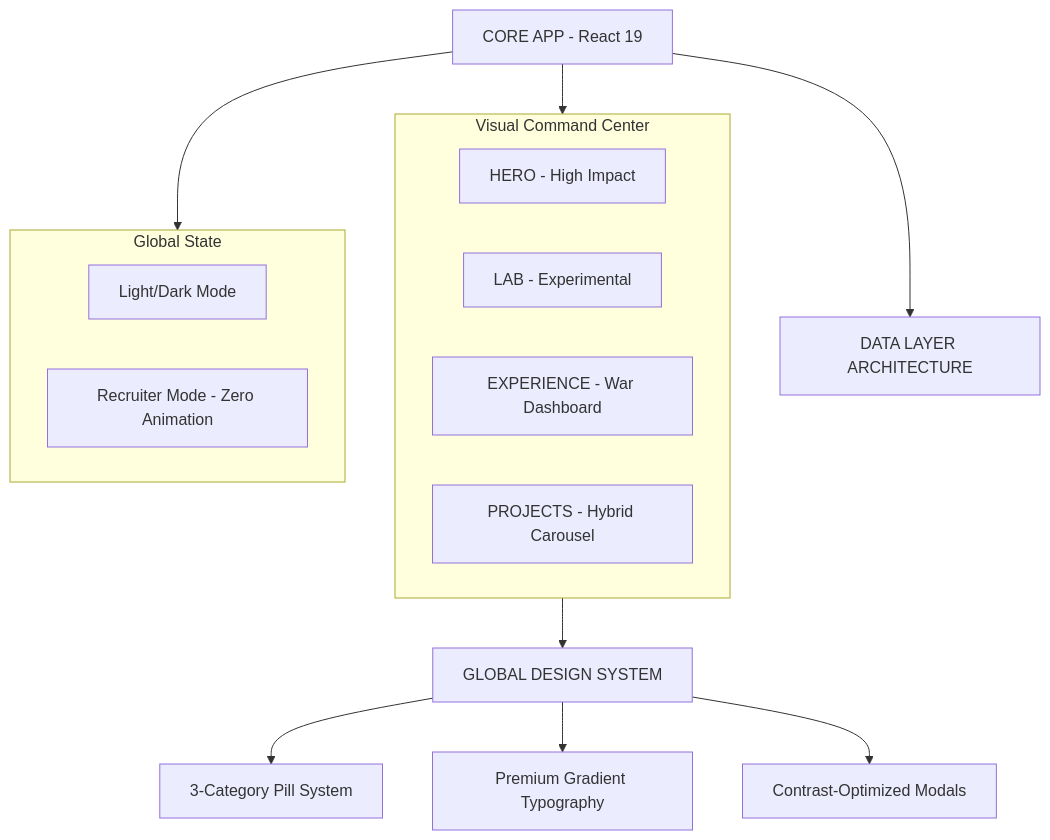
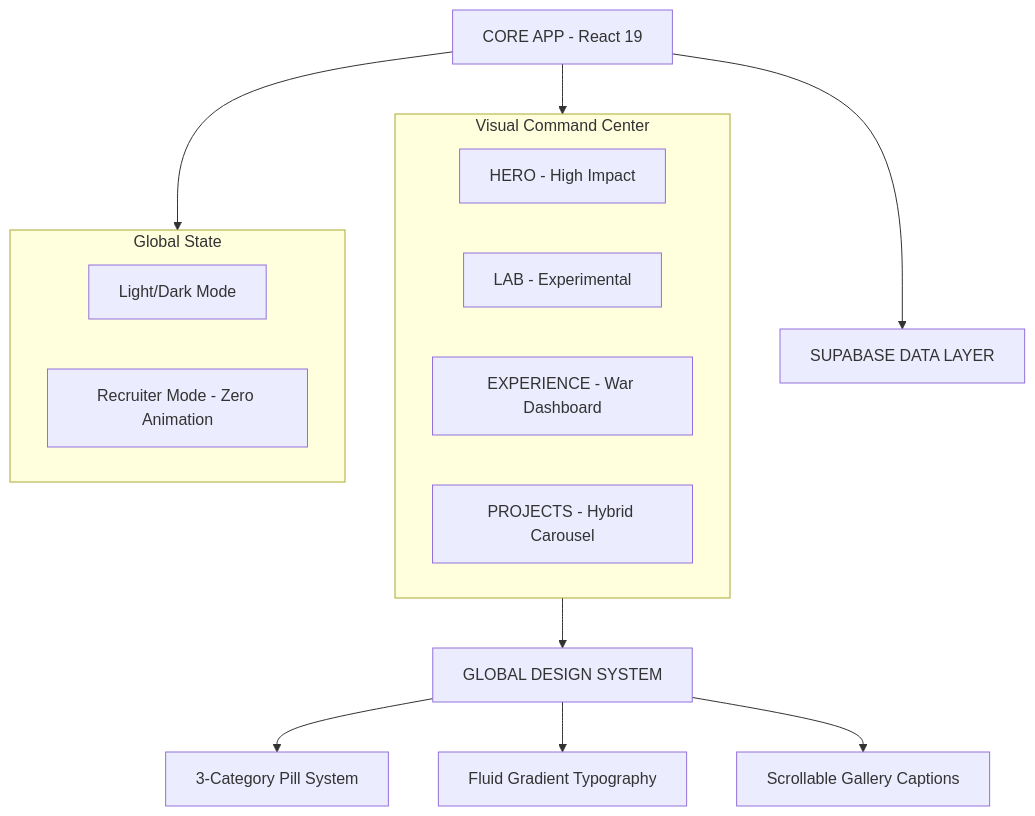
The diagram in README.md (lukaslimna1/Lucas-Lima-Digital), drawn with Mermaid before and after one commit. The commit also changed other lines of this file and 5 other files, not shown here.

Commit message:
feat: upgrade to v6.0.2 - supabase asset sync, fluid typography, and scrollable gallery captions

````diff
--- a/README.md
+++ b/README.md
@@ -31,23 +30,23 @@
 ```mermaid
 graph TD
     A[CORE APP - React 19] --> B[VISUAL MODULES]
-    A --> C[DATA LAYER ARCHITECTURE]
+    A --> C[SUPABASE DATA LAYER]
     A --> E[THEME & MODE CONTROLLER]
     
     subgraph B [Visual Command Center]
         B1[HERO - High Impact]
         B2[LAB - Experimental]
         B3[EXPERIENCE - War Dashboard]
         B4[PROJECTS - Hybrid Carousel]
     end
     
     subgraph E [Global State]
         E1[Light/Dark Mode]
         E2[Recruiter Mode - Zero Animation]
     end
     
     B --> D[GLOBAL DESIGN SYSTEM]
     D --> D1[3-Category Pill System]
-    D --> D2[Premium Gradient Typography]
-    D --> D3[Contrast-Optimized Modals]
+    D --> D2[Fluid Gradient Typography]
+    D --> D3[Scrollable Gallery Captions]
 ```
````
